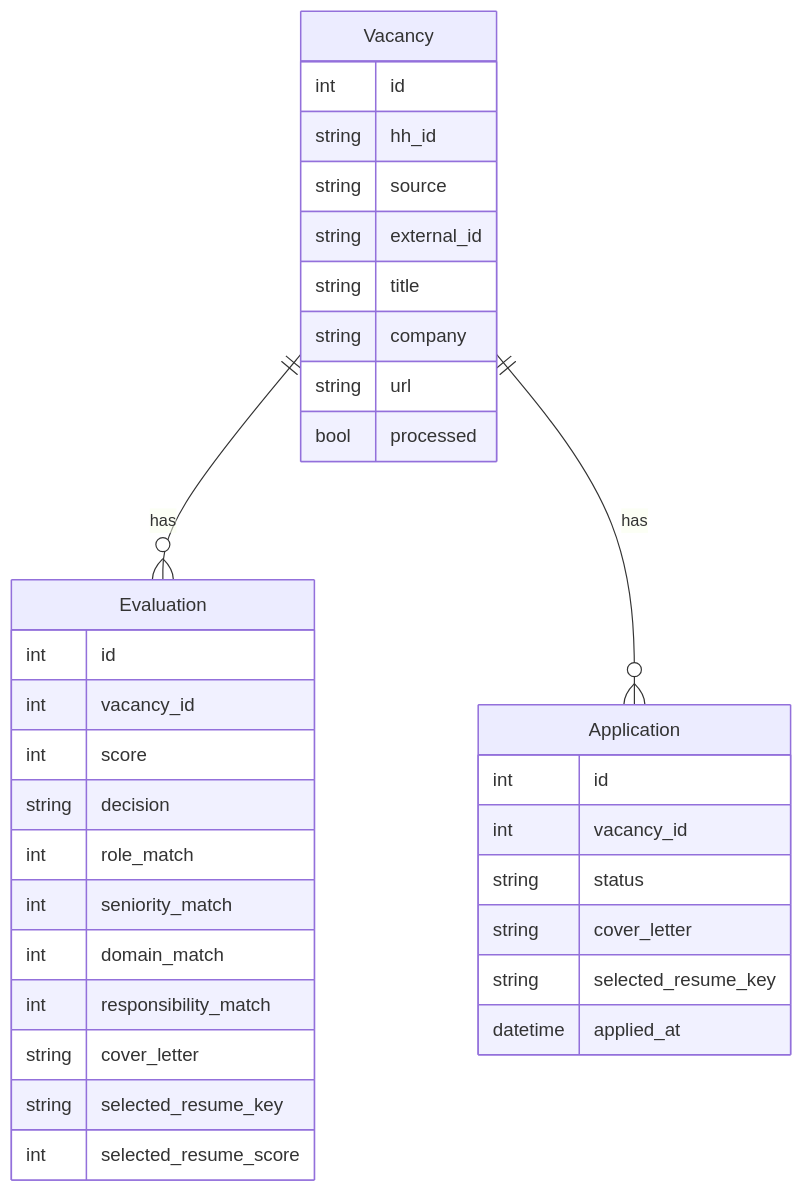
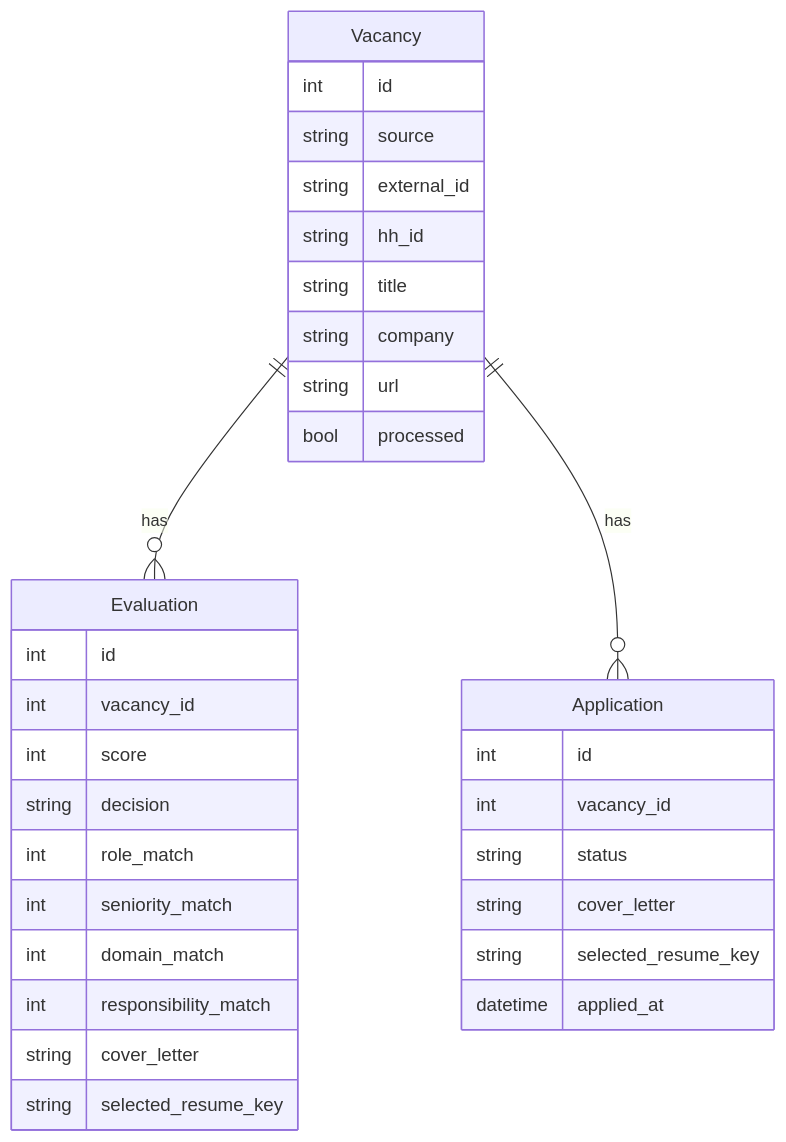
The second of 2 diagrams in README.md (Xander-Rude/hh-agent), drawn with Mermaid before and after one commit. The commit also changed other lines of this file and 2 other files, not shown here.

````diff
--- a/README.md
+++ b/README.md
@@ -68,39 +99,38 @@
 ```mermaid
 erDiagram
     Vacancy ||--o{ Evaluation : has
     Vacancy ||--o{ Application : has
 
     Vacancy {
         int id
-        string hh_id
         string source
         string external_id
+        string hh_id
         string title
         string company
         string url
         bool processed
     }
 
     Evaluation {
         int id
         int vacancy_id
         int score
         string decision
         int role_match
         int seniority_match
         int domain_match
         int responsibility_match
         string cover_letter
         string selected_resume_key
-        int selected_resume_score
     }
 
     Application {
         int id
         int vacancy_id
         string status
         string cover_letter
         string selected_resume_key
         datetime applied_at
     }
 ```
````
